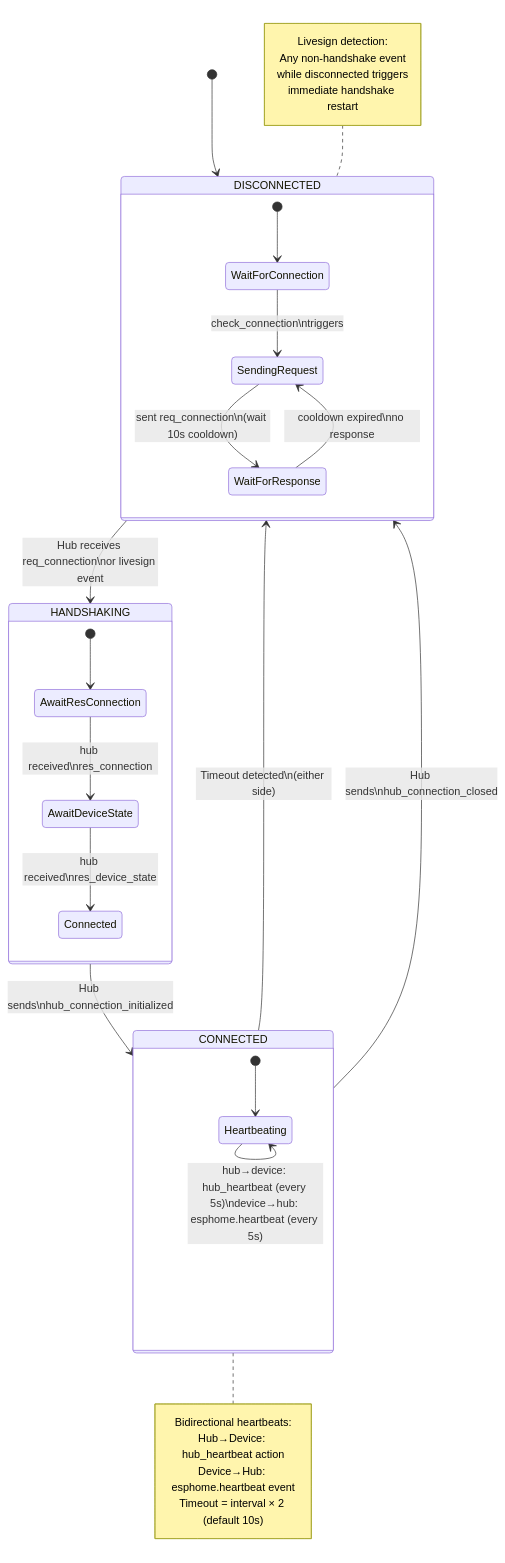
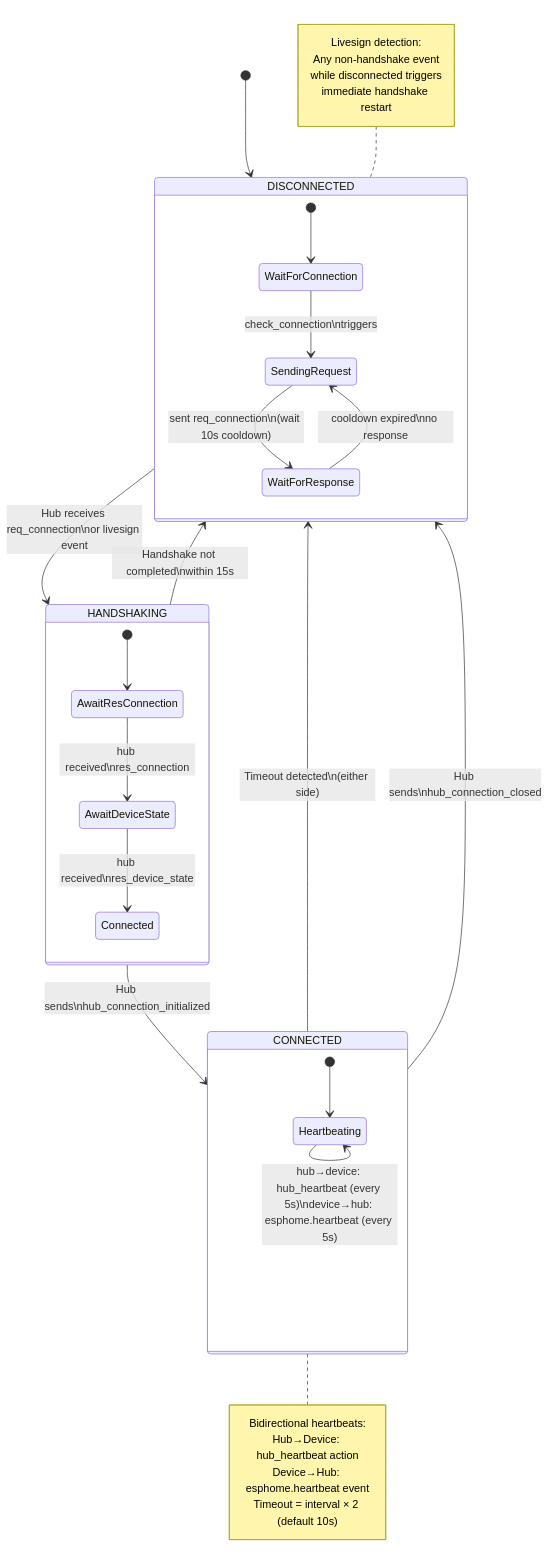
The third of 4 diagrams in docs/communication.md (happydasch/nspanel_haui), drawn with Mermaid before and after one commit. The commit also changed other lines of this file and 379 other files, not shown here.

````diff
--- a/docs/communication.md
+++ b/docs/communication.md
@@ -182,42 +183,43 @@
 ```mermaid
 stateDiagram-v2
     [*] --> DISCONNECTED
 
     state DISCONNECTED {
         [*] --> WaitForConnection
         WaitForConnection --> SendingRequest: check_connection\ntriggers
         SendingRequest --> WaitForResponse: sent req_connection\n(wait 10s cooldown)
         WaitForResponse --> SendingRequest: cooldown expired\nno response
     }
 
     DISCONNECTED --> HANDSHAKING: Hub receives req_connection\nor livesign event
 
     state HANDSHAKING {
         [*] --> AwaitResConnection
         AwaitResConnection --> AwaitDeviceState: hub received\nres_connection
         AwaitDeviceState --> Connected: hub received\nres_device_state
     }
 
     HANDSHAKING --> CONNECTED: Hub sends\nhub_connection_initialized
+    HANDSHAKING --> DISCONNECTED: Handshake not completed\nwithin 15s
 
     state CONNECTED {
         [*] --> Heartbeating
         Heartbeating --> Heartbeating: hub→device: hub_heartbeat (every 5s)\ndevice→hub: esphome.heartbeat (every 5s)
     }
 
     CONNECTED --> DISCONNECTED: Timeout detected\n(either side)
     CONNECTED --> DISCONNECTED: Hub sends\nhub_connection_closed
 
     note right of CONNECTED
         Bidirectional heartbeats:
         Hub→Device: hub_heartbeat action
         Device→Hub: esphome.heartbeat event
         Timeout = interval × 2 (default 10s)
     end note
     note left of DISCONNECTED
         Livesign detection:
         Any non-handshake event
         while disconnected triggers
         immediate handshake restart
     end note
 ```
````
